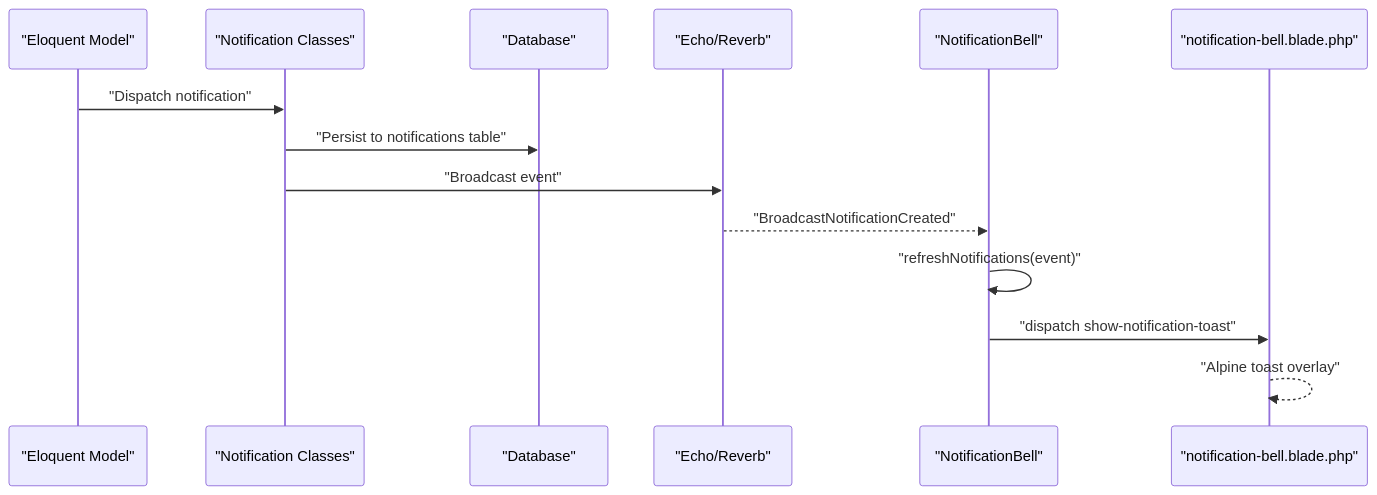
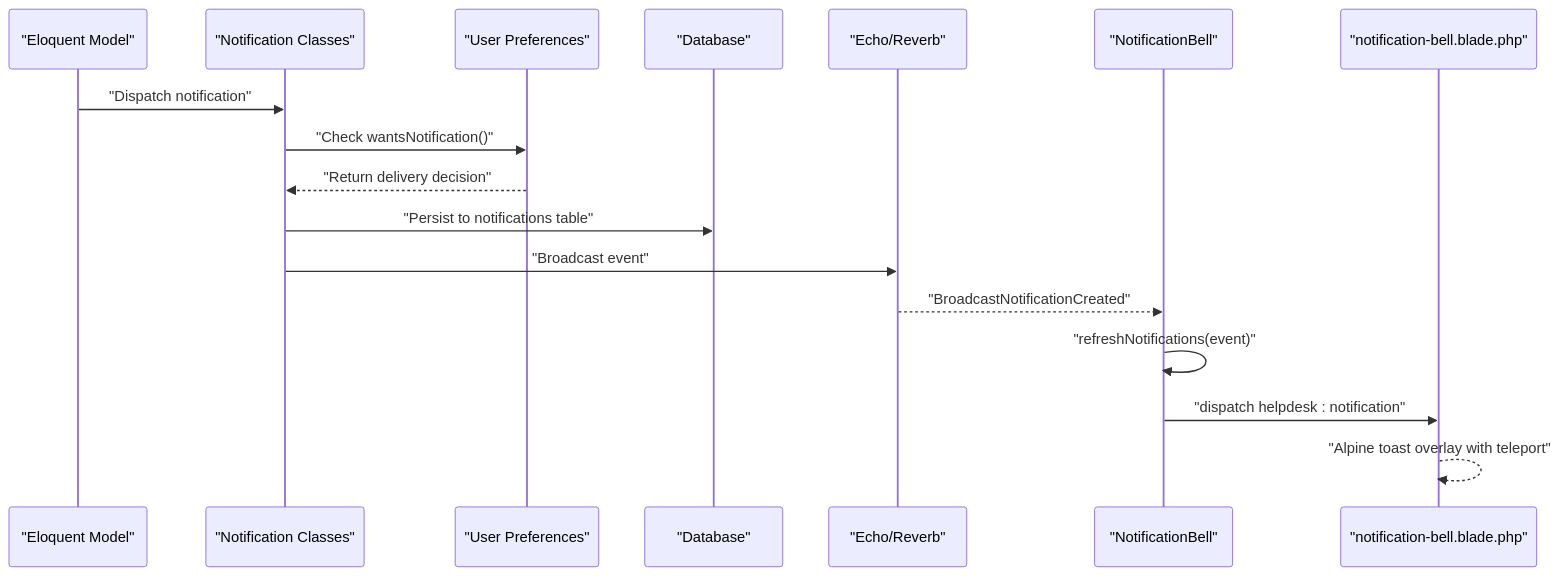
The second of 9 diagrams in .qoder/repowiki/en/content/Real-time Communication/Notification System.md (younesgamer68/helpdesk-system), drawn with Mermaid before and after one commit. The commit also changed other lines of this file and 12 other files, not shown here.

````diff
--- a/.qoder/repowiki/en/content/Real-time Communication/Notification System.md
+++ b/.qoder/repowiki/en/content/Real-time Communication/Notification System.md
@@ -143,16 +198,19 @@
 ```mermaid
 sequenceDiagram
 participant Model as "Eloquent Model"
 participant Notif as "Notification Classes"
+participant Pref as "User Preferences"
 participant DB as "Database"
 participant Echo as "Echo/Reverb"
 participant NB as "NotificationBell"
 participant NBView as "notification-bell.blade.php"
 Model->>Notif : "Dispatch notification"
+Notif->>Pref : "Check wantsNotification()"
+Pref-->>Notif : "Return delivery decision"
 Notif->>DB : "Persist to notifications table"
 Notif->>Echo : "Broadcast event"
 Echo-->>NB : "BroadcastNotificationCreated"
 NB->>NB : "refreshNotifications(event)"
-NB->>NBView : "dispatch show-notification-toast"
-NBView-->>NBView : "Alpine toast overlay"
+NB->>NBView : "dispatch helpdesk : notification"
+NBView-->>NBView : "Alpine toast overlay with teleport"
 ```
````
